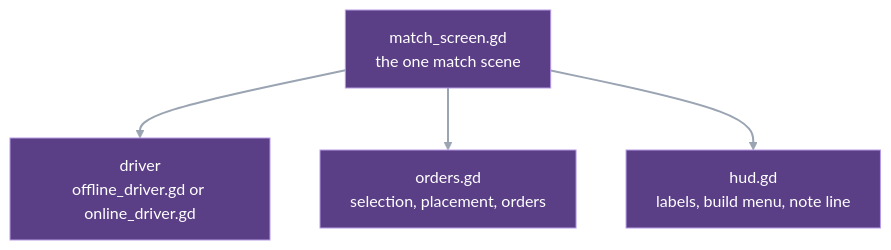
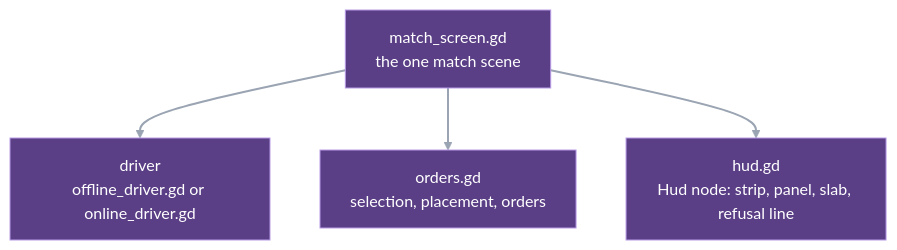
The third of 3 diagrams in docs/guide/01-big-picture.md (blackcindergames/wargrid), drawn with Mermaid before and after one commit. The commit also changed other lines of this file and 15 other files, not shown here.

````diff
--- a/docs/guide/01-big-picture.md
+++ b/docs/guide/01-big-picture.md
@@ -80,9 +80,9 @@
 ```mermaid
 flowchart TD
     screen["match_screen.gd<br/>the one match scene"] --> driver["driver<br/>offline_driver.gd or online_driver.gd"]
     screen --> orders["orders.gd<br/>selection, placement, orders"]
-    screen --> hud["hud.gd<br/>labels, build menu, note line"]
+    screen --> hud["hud.gd<br/>Hud node: strip, panel, slab, refusal line"]
     classDef driver fill:#5b3f86,stroke:#b79ae6,color:#ffffff
     class screen,driver,orders,hud driver
     linkStyle default stroke:#9aa4b2,stroke-width:2px
 ```
````
